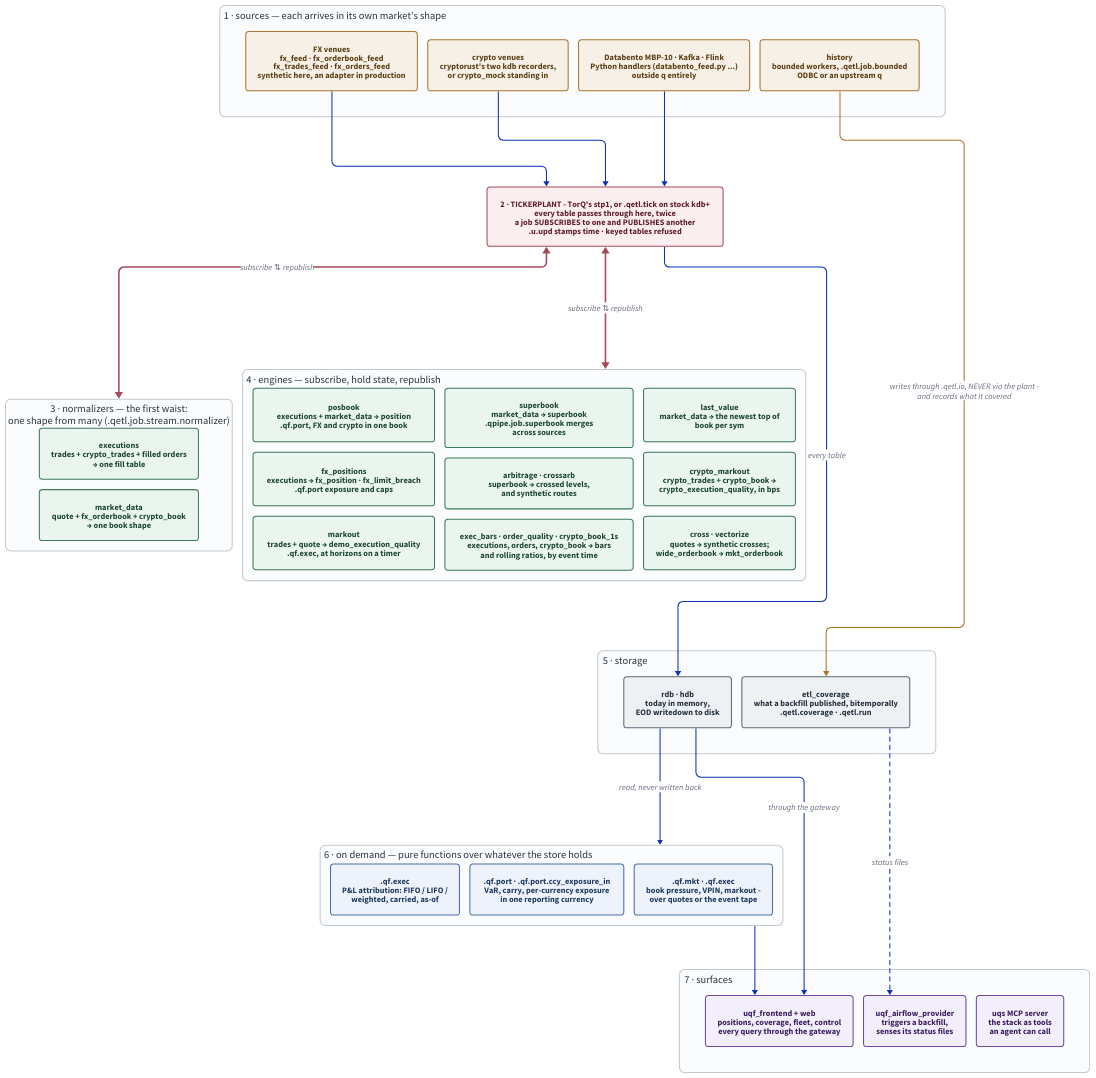
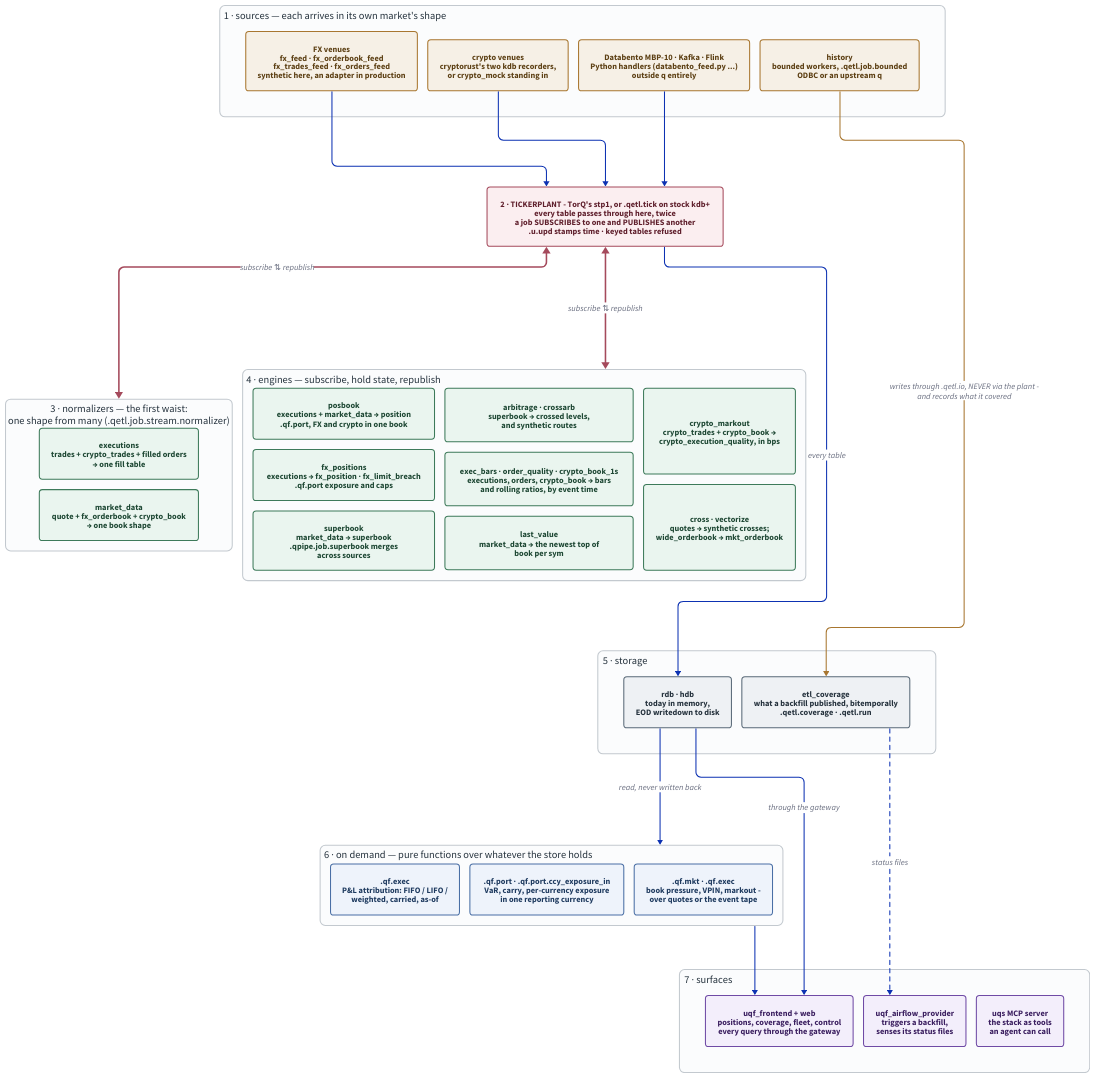
Before and after one commit to kwojdalski/uqf: the diagram in docs/diagrams/pipeline-architecture-example.d2, drawn with D2. The commit also changed 89 other files, not shown here.

First line of the commit message:
Retire the demo markout job, its backfill twin and the demo_execution_quality table (#1937)

```diff
--- a/docs/diagrams/pipeline-architecture-example.d2
+++ b/docs/diagrams/pipeline-architecture-example.d2
@@ -143,7 +143,6 @@
 
   posbook: "posbook\nexecutions + market_data → position\n.qf.port, FX and crypto in one book" { class: job }
   fxpos: "fx_positions\nexecutions → fx_position · fx_limit_breach\n.qf.port exposure and caps" { class: job }
-  markout: "markout\ntrades + quote → demo_execution_quality\n.qf.exec, at horizons on a timer" { class: job }
   superbook: "superbook\nmarket_data → superbook\n.qpipe.job.superbook merges\nacross sources" { class: job }
   arb: "arbitrage · crossarb\nsuperbook → crossed levels,\nand synthetic routes" { class: job }
   windows: "exec_bars · order_quality · crypto_book_1s\nexecutions, orders, crypto_book → bars\nand rolling ratios, by event time" { class: job }
```
